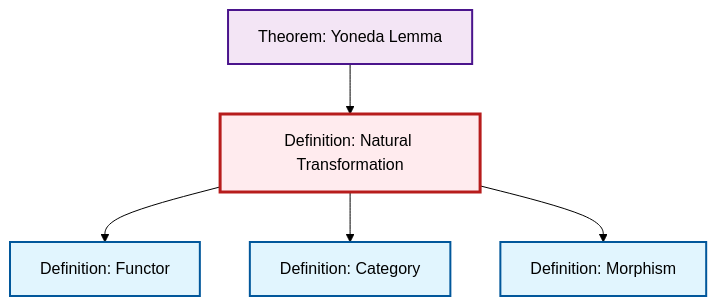
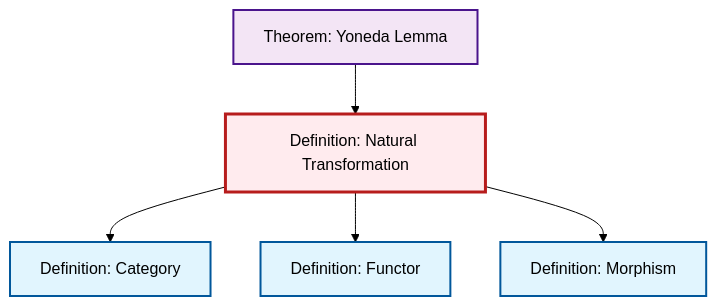
One commit to RK0429/ModernMath changed the diagram in content/ja/category-theory/def-natural-transformation.qmd. Above: the diagram before and after it, drawn with Mermaid (forest theme). The commit also changed other lines of this file and 531 other files, not shown here.

````diff
--- a/content/ja/category-theory/def-natural-transformation.qmd
+++ b/content/ja/category-theory/def-natural-transformation.qmd
@@ -60,23 +60,23 @@
 ```{mermaid}
 %%| fig-cap: "Local dependency graph"
 graph TD
     classDef definition fill:#e1f5fe,stroke:#01579b,stroke-width:2px
     classDef theorem fill:#f3e5f5,stroke:#4a148c,stroke-width:2px
     classDef axiom fill:#fff3e0,stroke:#e65100,stroke-width:2px
     classDef example fill:#e8f5e9,stroke:#1b5e20,stroke-width:2px
     classDef current fill:#ffebee,stroke:#b71c1c,stroke-width:3px
     def-natural-transformation["Definition: Natural Transformation"]:::definition
-    def-morphism["Definition: Morphism"]:::definition
-    def-category["Definition: Category"]:::definition
     def-functor["Definition: Functor"]:::definition
     thm-yoneda["Theorem: Yoneda Lemma"]:::theorem
-    def-natural-transformation --> def-functor
+    def-category["Definition: Category"]:::definition
+    def-morphism["Definition: Morphism"]:::definition
     def-natural-transformation --> def-category
     thm-yoneda --> def-natural-transformation
+    def-natural-transformation --> def-functor
     def-natural-transformation --> def-morphism
     class def-natural-transformation current
-    click def-morphism "def-morphism.html" "Definition: Morphismへ"
-    click def-category "def-category.html" "Definition: Categoryへ"
     click def-functor "def-functor.html" "Definition: Functorへ"
     click thm-yoneda "thm-yoneda.html" "Theorem: Yoneda Lemmaへ"
+    click def-category "def-category.html" "Definition: Categoryへ"
+    click def-morphism "def-morphism.html" "Definition: Morphismへ"
 ```
````
